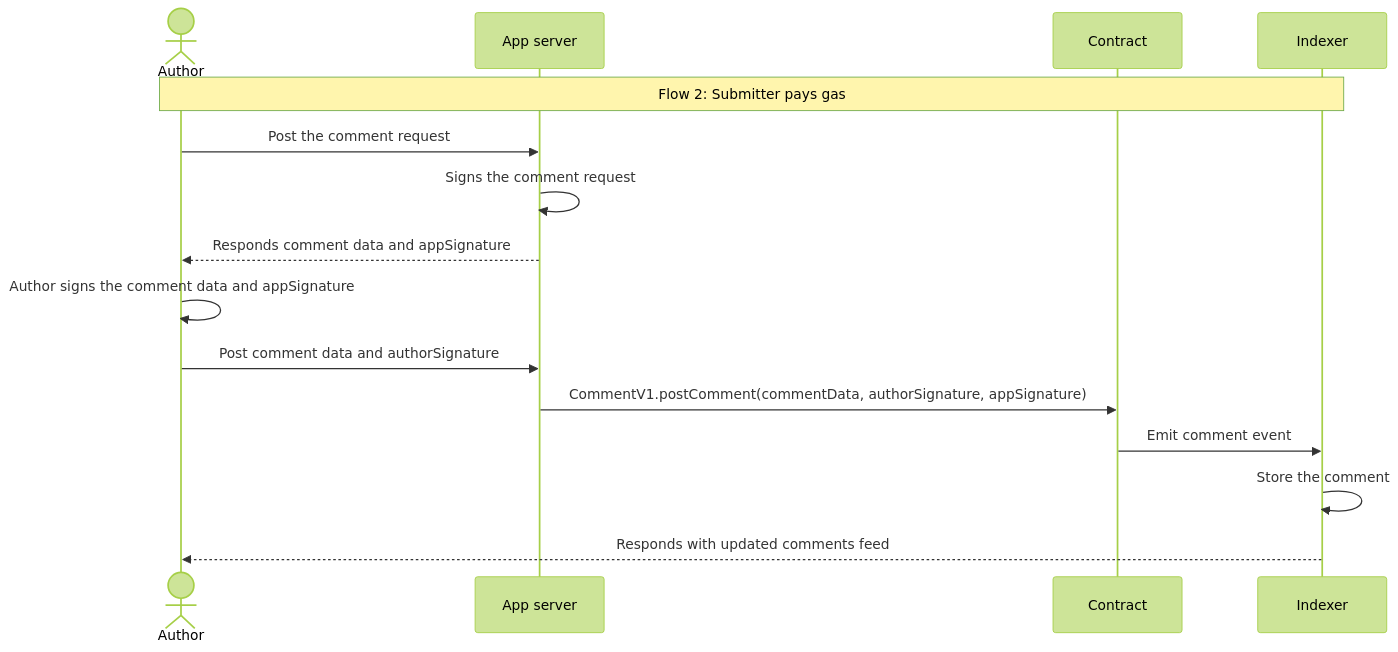
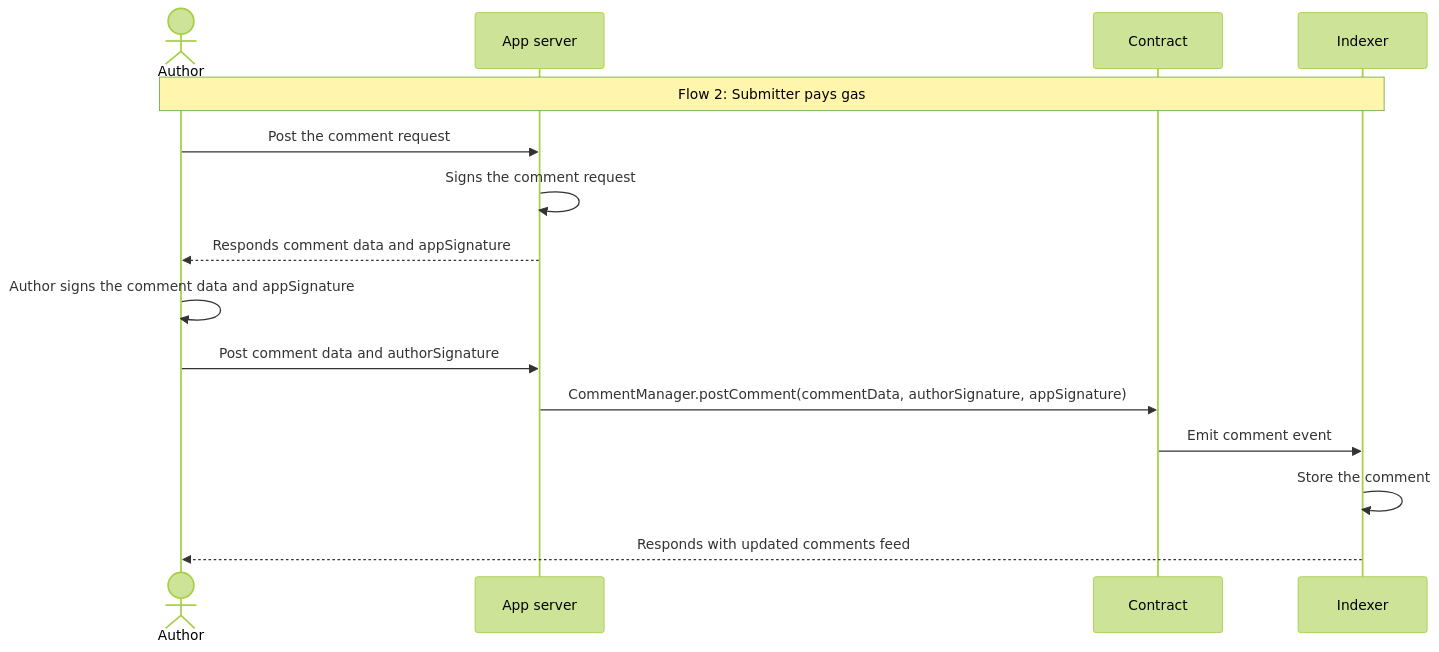
The second of 3 diagrams in docs/pages/post-comment-flows.mdx (ecp-eth/comments-monorepo), drawn with Mermaid (forest theme) before and after one commit. The commit also changed other lines of this file and 192 other files, not shown here.

````diff
--- a/docs/pages/post-comment-flows.mdx
+++ b/docs/pages/post-comment-flows.mdx
@@ -51,19 +51,19 @@
 ```mermaid
 sequenceDiagram
     actor Author
     participant App server
     participant Contract
     participant Indexer
 
     %% Flow 2: Submitter pays gas
     Note over Author,Indexer: Flow 2: Submitter pays gas
     Author->>App server: Post the comment request
     App server->>App server: Signs the comment request
     App server-->>Author: Responds comment data and appSignature
     Author->>Author: Author signs the comment data and appSignature
     Author->>App server: Post comment data and authorSignature
-    App server->>Contract: CommentV1.postComment(commentData, authorSignature, appSignature)
+    App server->>Contract: CommentManager.postComment(commentData, authorSignature, appSignature)
     Contract->>Indexer: Emit comment event
     Indexer->>Indexer: Store the comment
     Indexer-->>Author: Responds with updated comments feed
 ```
````
